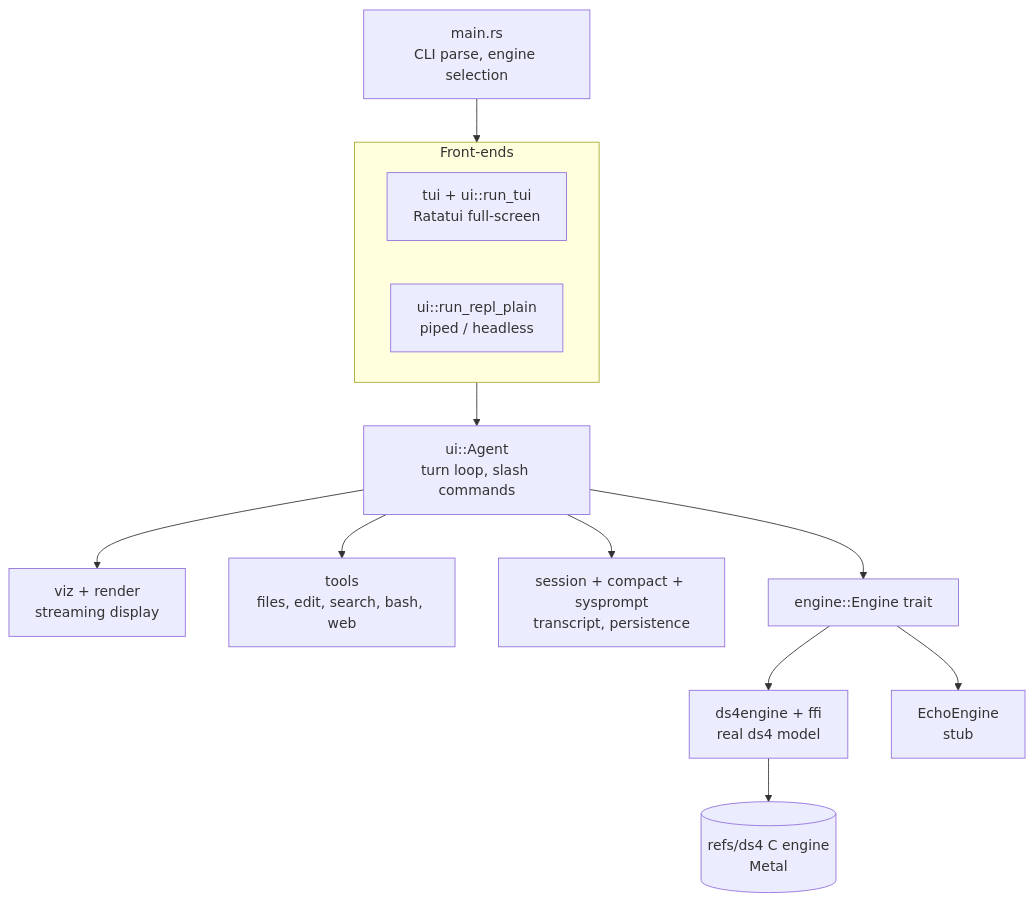
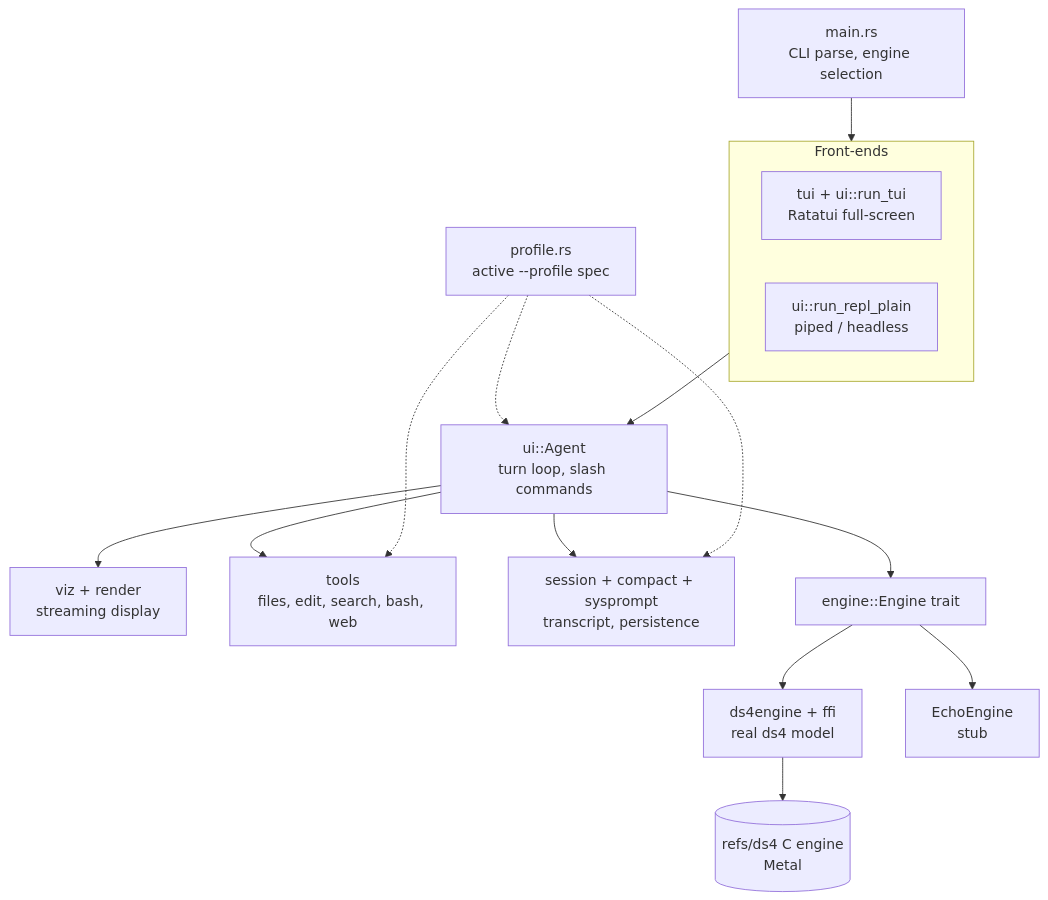
Before and after one commit to aovestdipaperino/plank: the first of 2 diagrams in docs/ARCHITECTURE.md, drawn with Mermaid. The commit also changed other lines of this file and 8 other files, not shown here.

First line of the commit message:
docs(profile): PROFILES.md, architecture notes and a sample profile

````diff
--- a/docs/ARCHITECTURE.md
+++ b/docs/ARCHITECTURE.md
@@ -38,25 +38,29 @@
 ```mermaid
 flowchart TD
     main[main.rs<br/>CLI parse, engine selection]
     subgraph frontend [Front-ends]
         tui[tui + ui::run_tui<br/>Ratatui full-screen]
         plain[ui::run_repl_plain<br/>piped / headless]
     end
     agent[ui::Agent<br/>turn loop, slash commands]
     pipeline[viz + render<br/>streaming display]
     tools[tools<br/>files, edit, search, bash, web]
     session[session + compact + sysprompt<br/>transcript, persistence]
     engine[engine::Engine trait]
     ds4[ds4engine + ffi<br/>real ds4 model]
     echo[EchoEngine<br/>stub]
+    profile[profile.rs<br/>active --profile spec]
 
     main --> frontend
     frontend --> agent
     agent --> pipeline
     agent --> tools
     agent --> session
     agent --> engine
     engine --> ds4
     engine --> echo
     ds4 --> cengine[(refs/ds4 C engine<br/>Metal)]
+    profile -.-> session
+    profile -.-> tools
+    profile -.-> agent
 ```
````
